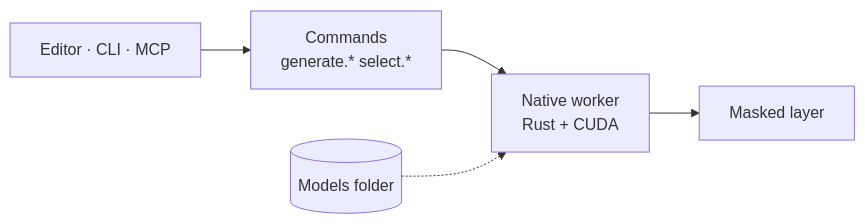
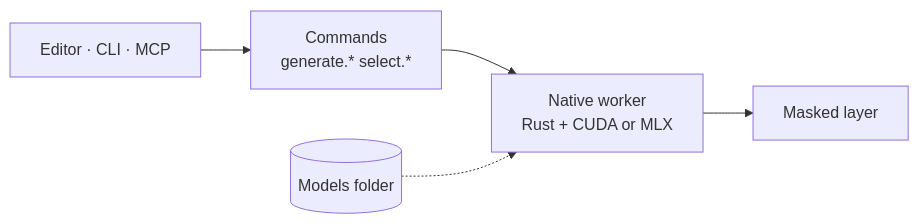
The diagram in README.md (CodyChuGit/ShotoPhopEX), drawn with Mermaid before and after one commit. The commit also changed other lines of this file, not shown here.

````diff
--- a/README.md
+++ b/README.md
@@ -606,7 +618,7 @@
 ```mermaid
 flowchart LR
     A["Editor · CLI · MCP"] --> B["Commands<br/>generate.* select.*"]
-    B --> C["Native worker<br/>Rust + CUDA"]
+    B --> C["Native worker<br/>Rust + CUDA or MLX"]
     D[("Models folder")] -.-> C
     C --> E["Masked layer"]
 ```
````
